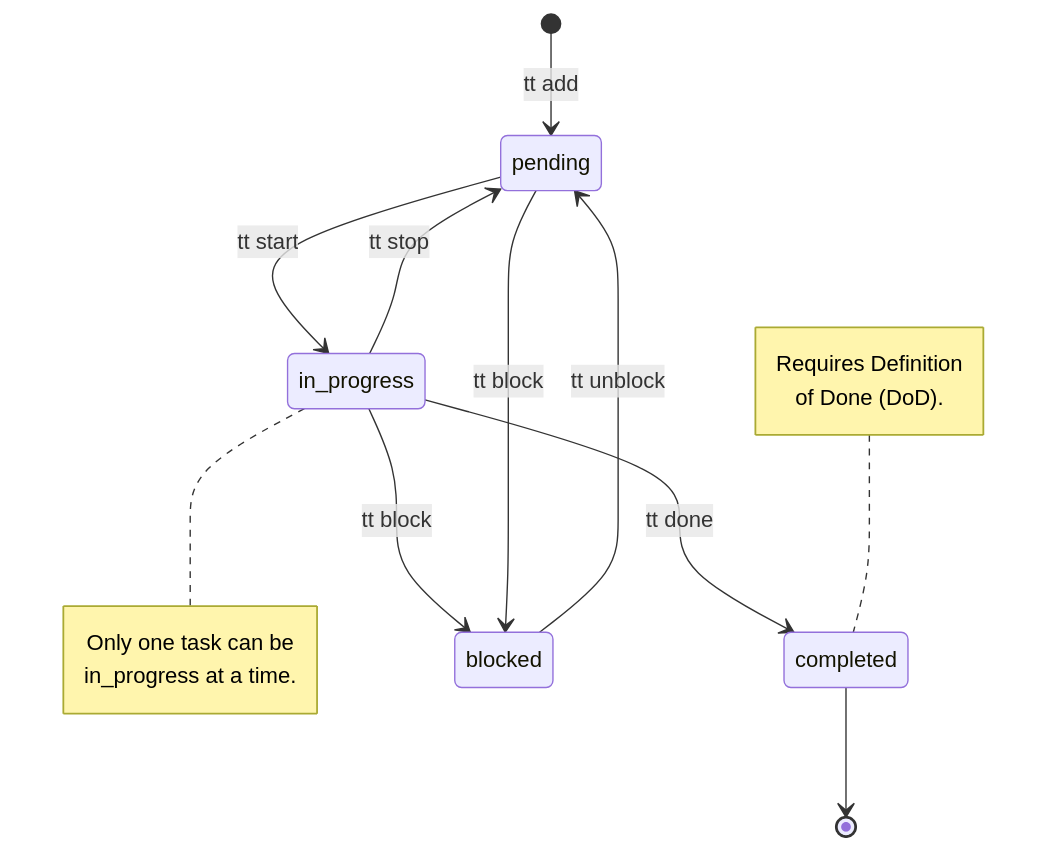
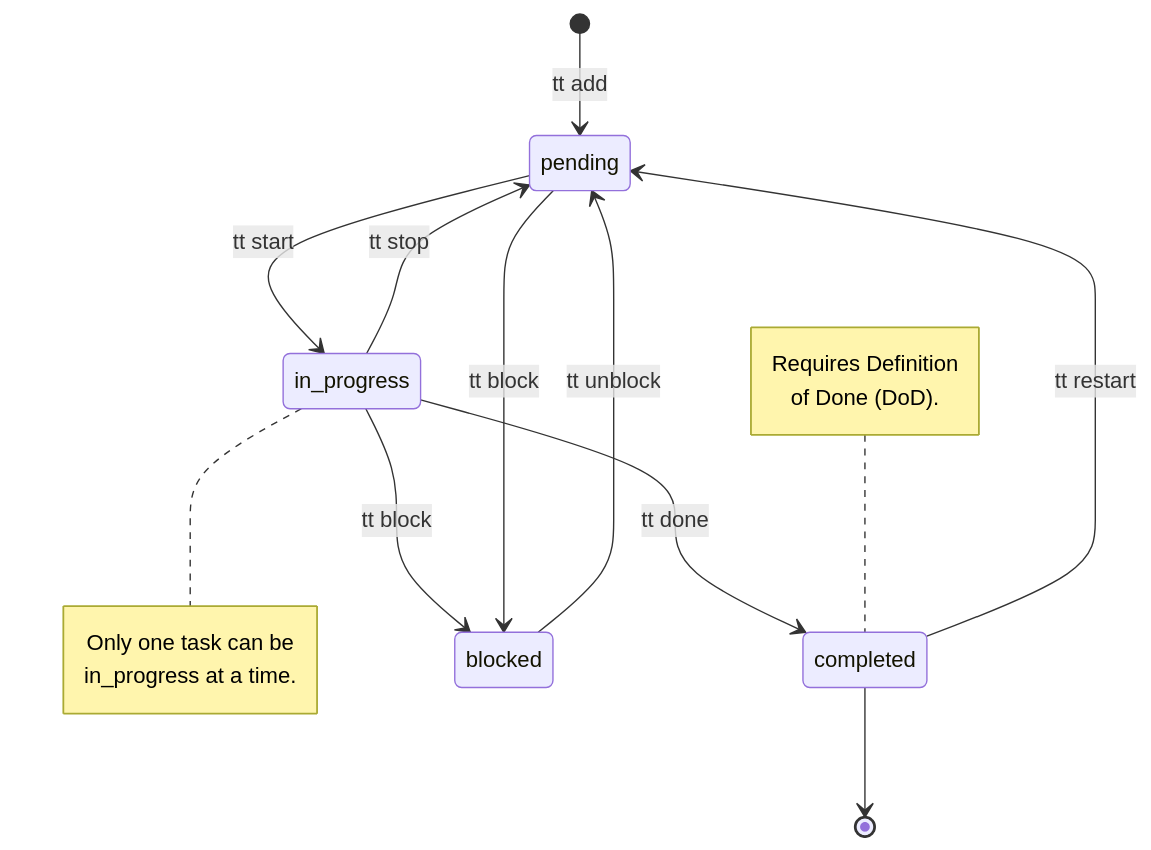
The fourth of 6 diagrams in SPEC.md (hivemind-ai-core/tasktracker), drawn with Mermaid before and after one commit. The commit also changed other lines of this file and 35 other files, not shown here.

````diff
--- a/SPEC.md
+++ b/SPEC.md
@@ -150,26 +153,28 @@
 ```mermaid
 stateDiagram-v2
     [*] --> pending: tt add
     
     pending --> in_progress: tt start
     in_progress --> pending: tt stop
     
     in_progress --> completed: tt done
     
     in_progress --> blocked: tt block
     pending --> blocked: tt block
     
     blocked --> pending: tt unblock
     
+    completed --> pending: tt restart
+    
     completed --> [*]
 
     note right of in_progress
         Only one task can be 
         in_progress at a time.
     end note
 
     note left of completed
         Requires Definition 
         of Done (DoD).
     end note
 ```
````
